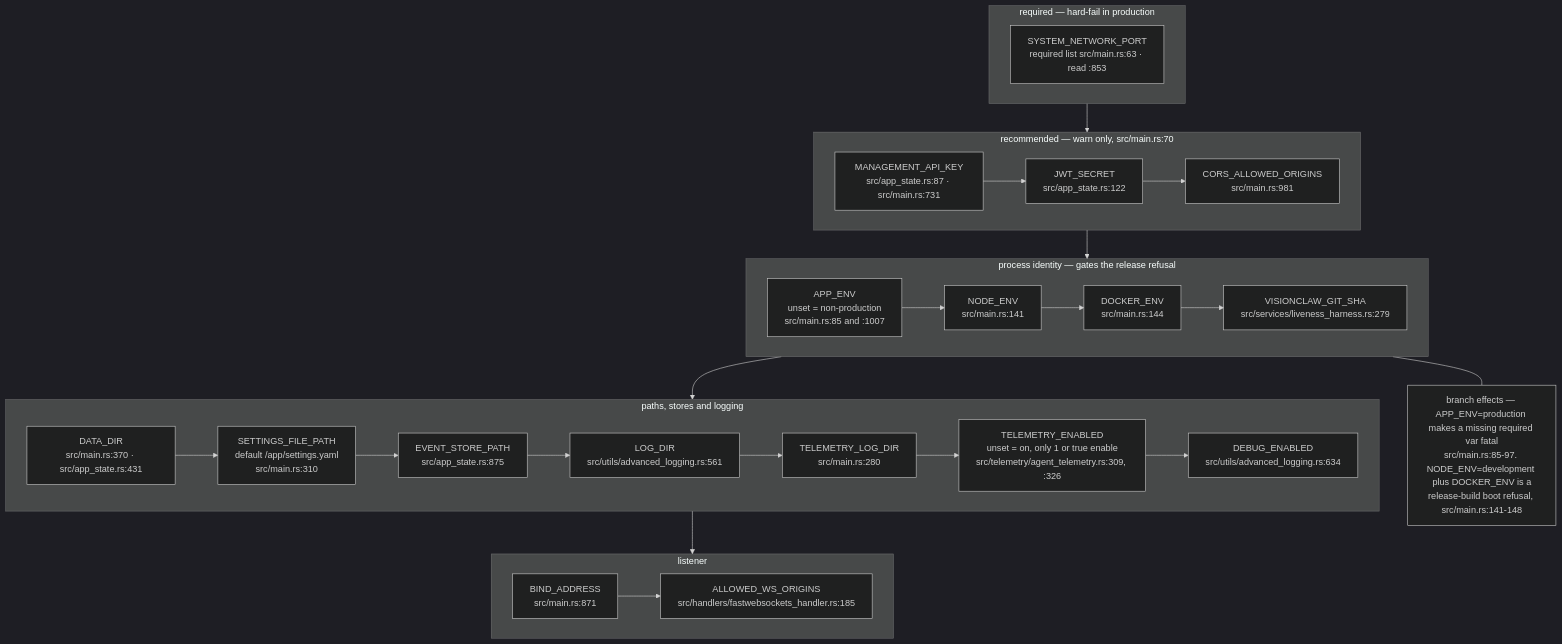
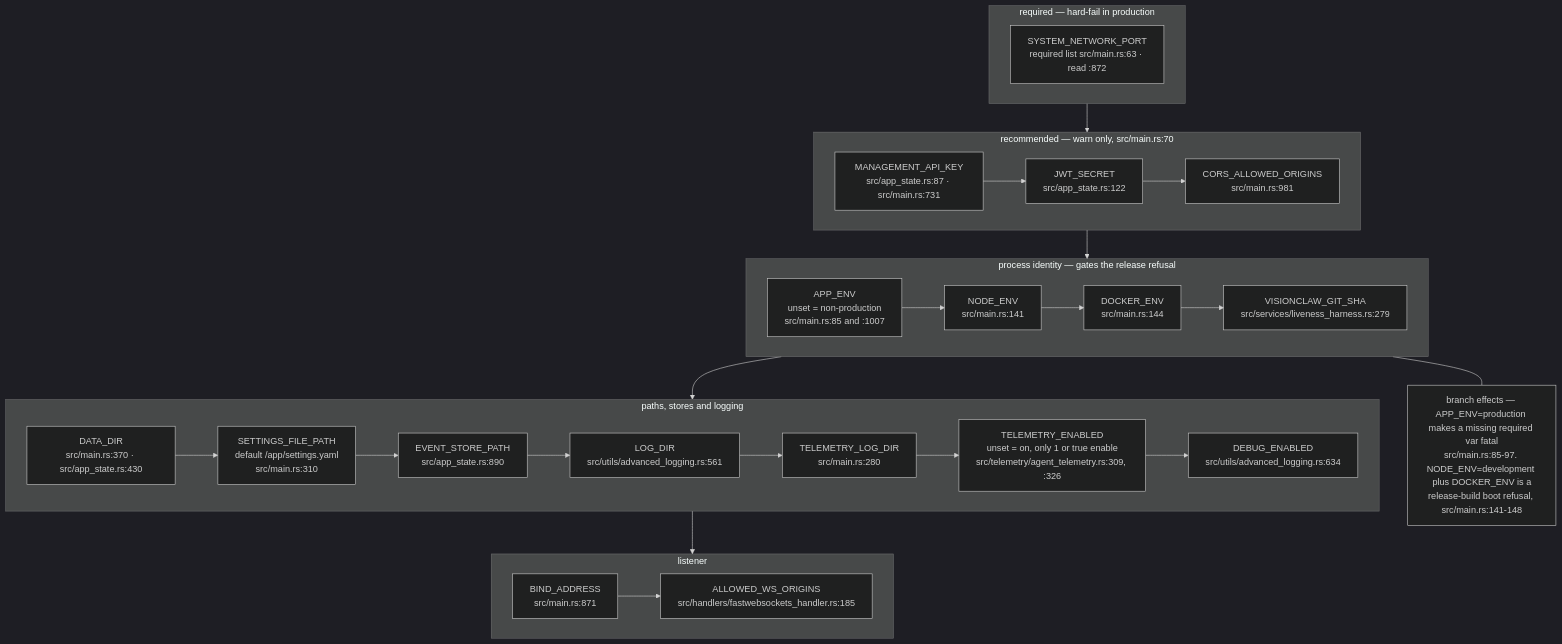
One commit to DreamLab-AI/VisionFlow changed the eighth of 16 diagrams in docs/diagrams/visionclaw/09-config-and-env-flags.md. Above: the diagram before and after it, drawn with Mermaid (dark theme). The commit also changed other lines of this file and 173 other files, not shown here.

````diff
--- a/docs/diagrams/visionclaw/09-config-and-env-flags.md
+++ b/docs/diagrams/visionclaw/09-config-and-env-flags.md
@@ -390,21 +392,21 @@
 ```mermaid
 flowchart TB
     subgraph REQ["required — hard-fail in production"]
-        E1["SYSTEM_NETWORK_PORT<br/>required list src/main.rs:63 · read :853"]
+        E1["SYSTEM_NETWORK_PORT<br/>required list src/main.rs:63 · read :872"]
     end
     subgraph RECO["recommended — warn only, src/main.rs:70"]
         E2["MANAGEMENT_API_KEY<br/>src/app_state.rs:87 · src/main.rs:731"] --> E3["JWT_SECRET<br/>src/app_state.rs:122"] --> E4["CORS_ALLOWED_ORIGINS<br/>src/main.rs:981"]
     end
     subgraph IDENT["process identity — gates the release refusal"]
         E5["APP_ENV<br/>unset = non-production<br/>src/main.rs:85 and :1007"] --> E6["NODE_ENV<br/>src/main.rs:141"] --> E7["DOCKER_ENV<br/>src/main.rs:144"] --> E8["VISIONCLAW_GIT_SHA<br/>src/services/liveness_harness.rs:279"]
     end
     subgraph PATHS["paths, stores and logging"]
-        E9["DATA_DIR<br/>src/main.rs:370 · src/app_state.rs:431"] --> E10["SETTINGS_FILE_PATH<br/>default /app/settings.yaml<br/>src/main.rs:310"] --> E11["EVENT_STORE_PATH<br/>src/app_state.rs:875"] --> E12["LOG_DIR<br/>src/utils/advanced_logging.rs:561"] --> E13["TELEMETRY_LOG_DIR<br/>src/main.rs:280"] --> E13b["TELEMETRY_ENABLED<br/>unset = on, only 1 or true enable<br/>src/telemetry/agent_telemetry.rs:309, :326"] --> E14["DEBUG_ENABLED<br/>src/utils/advanced_logging.rs:634"]
+        E9["DATA_DIR<br/>src/main.rs:370 · src/app_state.rs:430"] --> E10["SETTINGS_FILE_PATH<br/>default /app/settings.yaml<br/>src/main.rs:310"] --> E11["EVENT_STORE_PATH<br/>src/app_state.rs:890"] --> E12["LOG_DIR<br/>src/utils/advanced_logging.rs:561"] --> E13["TELEMETRY_LOG_DIR<br/>src/main.rs:280"] --> E13b["TELEMETRY_ENABLED<br/>unset = on, only 1 or true enable<br/>src/telemetry/agent_telemetry.rs:309, :326"] --> E14["DEBUG_ENABLED<br/>src/utils/advanced_logging.rs:634"]
     end
     subgraph BIND["listener"]
         E15["BIND_ADDRESS<br/>src/main.rs:871"] --> E16["ALLOWED_WS_ORIGINS<br/>src/handlers/fastwebsockets_handler.rs:185"]
     end
     REQ --> RECO --> IDENT --> PATHS --> BIND
     N["branch effects — APP_ENV=production makes a missing required var fatal<br/>src/main.rs:85-97. NODE_ENV=development plus DOCKER_ENV is a<br/>release-build boot refusal, src/main.rs:141-148"]
     IDENT --- N
 ```
````
